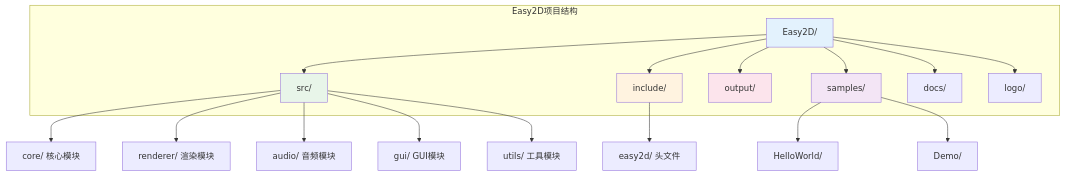
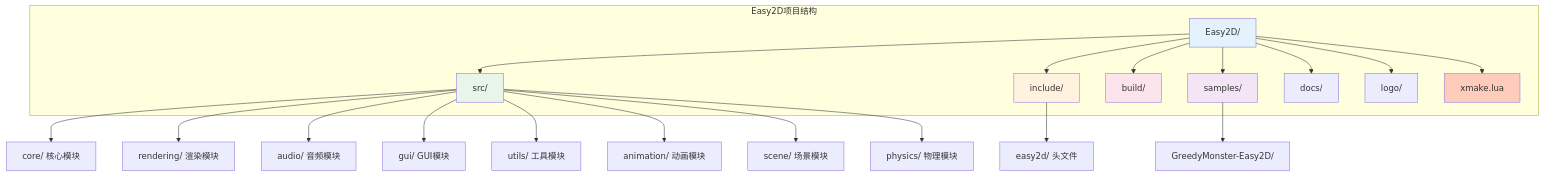
The eighth of 16 diagrams in README.md (ChestnutYueyue/Easy2D), drawn with Mermaid before and after one commit. The commit also changed other lines of this file and 2 other files, not shown here.

````diff
--- a/README.md
+++ b/README.md
@@ -315,28 +476,32 @@
 ```mermaid
 flowchart TB
     subgraph Easy2D项目结构
         Root[Easy2D/] --> Src[src/]
         Root --> Inc[include/]
-        Root --> Out[output/]
+        Root --> Build[build/]
         Root --> Samples[samples/]
         Root --> Docs[docs/]
         Root --> Logo[logo/]
+        Root --> Xmake[xmake.lua]
     end
     
     Src --> SrcCore[core/ 核心模块]
-    Src --> SrcRender[renderer/ 渲染模块]
+    Src --> SrcRender[rendering/ 渲染模块]
     Src --> SrcAudio[audio/ 音频模块]
     Src --> SrcGUI[gui/ GUI模块]
     Src --> SrcUtils[utils/ 工具模块]
+    Src --> SrcAnim[animation/ 动画模块]
+    Src --> SrcScene[scene/ 场景模块]
+    Src --> SrcPhys[physics/ 物理模块]
     
     Inc --> IncEasy2d[easy2d/ 头文件]
     
-    Samples --> SampleHello[HelloWorld/]
-    Samples --> SampleDemo[Demo/]
+    Samples --> SampleHello[GreedyMonster-Easy2D/]
     
     style Root fill:#e3f2fd
     style Src fill:#e8f5e9
     style Inc fill:#fff3e0
-    style Out fill:#fce4ec
+    style Build fill:#fce4ec
     style Samples fill:#f3e5f5
+    style Xmake fill:#ffccbc
 ```
````
